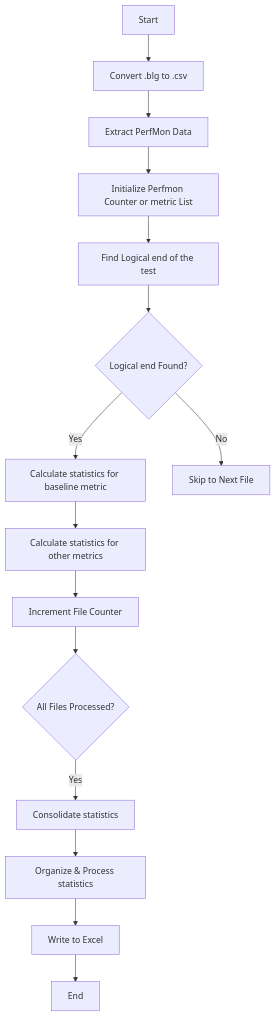
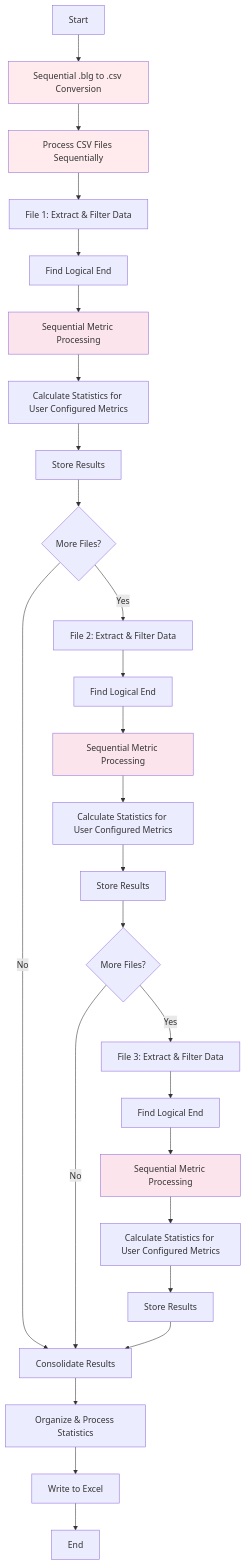
The first of 2 diagrams in README.md (Mahesh-MSFT/perfmon-analysis), drawn with Mermaid before and after one commit. The commit also changed other lines of this file and 6 other files, not shown here.

````diff
--- a/README.md
+++ b/README.md
@@ -32,18 +59,39 @@
 ```mermaid
 flowchart TD
-
-    A[Start] --> B[Convert .blg to .csv]
-    B --> C[Extract PerfMon Data]
-    C --> D[Initialize Perfmon Counter or metric List]
-    D --> E[Find Logical end of the test]
-    E --> F{Logical end Found?}
-    F -->|Yes| G[Calculate statistics for baseline metric]
-    F -->|No| H[Skip to Next File]
-    G --> I[Calculate statistics for other metrics]
-    I --> J[Increment File Counter]
-    J --> K{All Files Processed?}
-    K -->|Yes| L[Consolidate statistics]
-    L --> M[Organize & Process statistics]
-    M --> N[Write to Excel]
-    N --> O[End]
+    A[Start] --> B[Sequential .blg to .csv Conversion]
+    B --> C[Process CSV Files Sequentially]
+    
+    C --> D[File 1: Extract & Filter Data]
+    D --> E[Find Logical End]
+    E --> F[Sequential Metric Processing]
+    F --> G[Calculate Statistics for User Configured Metrics]
+    G --> H1[Store Results]
+    
+    H1 --> I{More Files?}
+    I -->|Yes| J[File 2: Extract & Filter Data]
+    I -->|No| L[Consolidate Results]
+    
+    J --> K[Find Logical End]
+    K --> M[Sequential Metric Processing]
+    M --> N[Calculate Statistics for User Configured Metrics]
+    N --> O[Store Results]
+    O --> P{More Files?}
+    P -->|Yes| Q[File 3: Extract & Filter Data]
+    P -->|No| L
+    
+    Q --> R[Find Logical End]
+    R --> S[Sequential Metric Processing]
+    S --> T[Calculate Statistics for User Configured Metrics]
+    T --> U[Store Results]
+    U --> L
+    
+    L --> V[Organize & Process Statistics]
+    V --> W[Write to Excel]
+    W --> X[End]
+    
+    style B fill:#ffebee
+    style C fill:#ffebee
+    style F fill:#fce4ec
+    style M fill:#fce4ec
+    style S fill:#fce4ec
 ```
````
